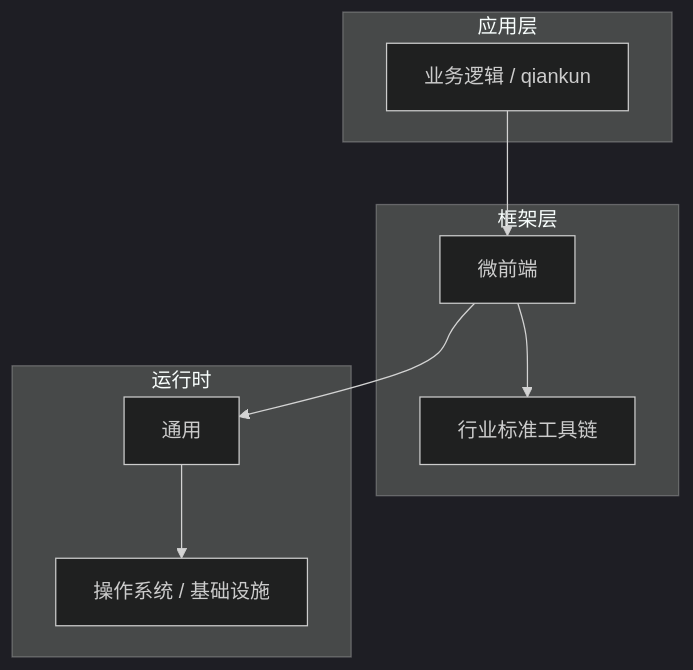
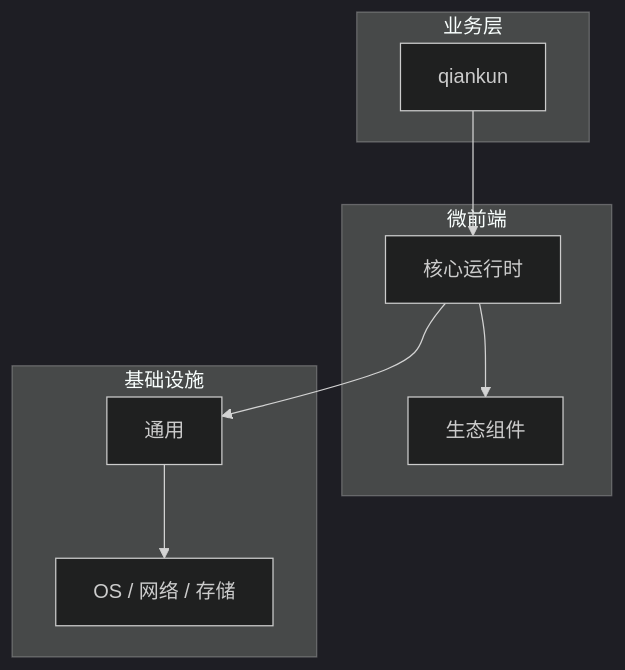
Before and after one commit to yanggan2015/knowledge-json-v2: the diagram in articles/微前端/chapters/013-qiankun核心概念与原理.md, drawn with Mermaid (dark theme). The commit also changed other lines of this file and 10127 other files, not shown here.

````diff
--- a/articles/微前端/chapters/013-qiankun核心概念与原理.md
+++ b/articles/微前端/chapters/013-qiankun核心概念与原理.md
@@ -45,18 +34,18 @@
 ```mermaid
 graph TB
-    subgraph 应用层
-        A[业务逻辑 / qiankun]
+    subgraph 业务层
+        A[qiankun]
     end
-    subgraph 框架层
-        B[微前端]
-        C[行业标准工具链]
+    subgraph 微前端
+        B[核心运行时]
+        C[生态组件]
     end
-    subgraph 运行时
+    subgraph 基础设施
         D[通用]
-        E[操作系统 / 基础设施]
+        E[OS / 网络 / 存储]
     end
     A --> B
     B --> C
     B --> D
     D --> E
 ```
````
